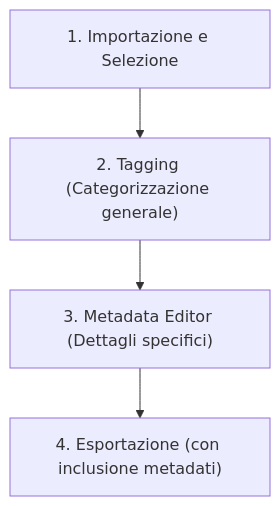
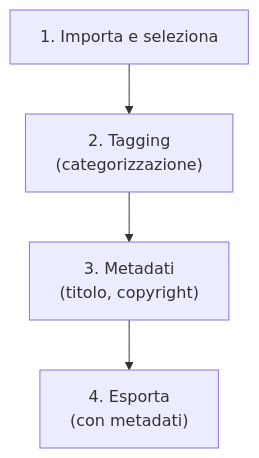
Before and after one commit to lorenzoperone/darktable-docs: the diagram in docs/lighttable/metadati-tag.md, drawn with Mermaid. The commit also changed 40 other files, not shown here.

First line of the commit message:
fix: reformatta diagrammi Mermaid — etichette brevi, break line, italiano

````diff
--- a/docs/lighttable/metadati-tag.md
+++ b/docs/lighttable/metadati-tag.md
@@ -21,4 +21,4 @@
 ```mermaid
 flowchart TD
-    A["1. Importazione e Selezione"] --> B["2. Tagging (Categorizzazione generale)"] --> C["3. Metadata Editor (Dettagli specifici)"] --> D["4. Esportazione (con inclusione metadati)"]
+    A["1. Importa e seleziona"] --> B["2. Tagging<br/>(categorizzazione)"] --> C["3. Metadati<br/>(titolo, copyright)"] --> D["4. Esporta<br/>(con metadati)"]
 ```
````
